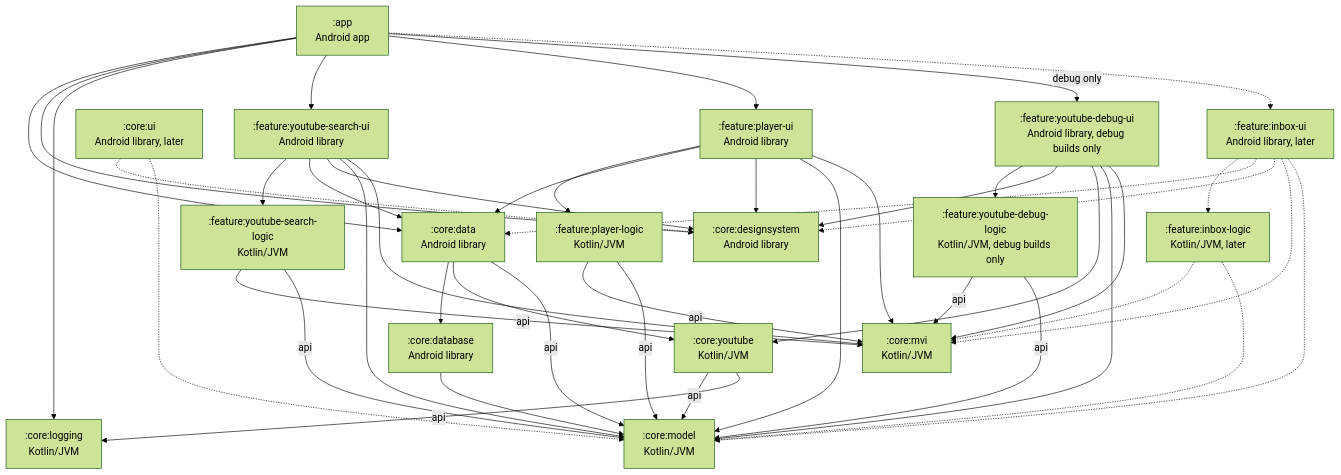
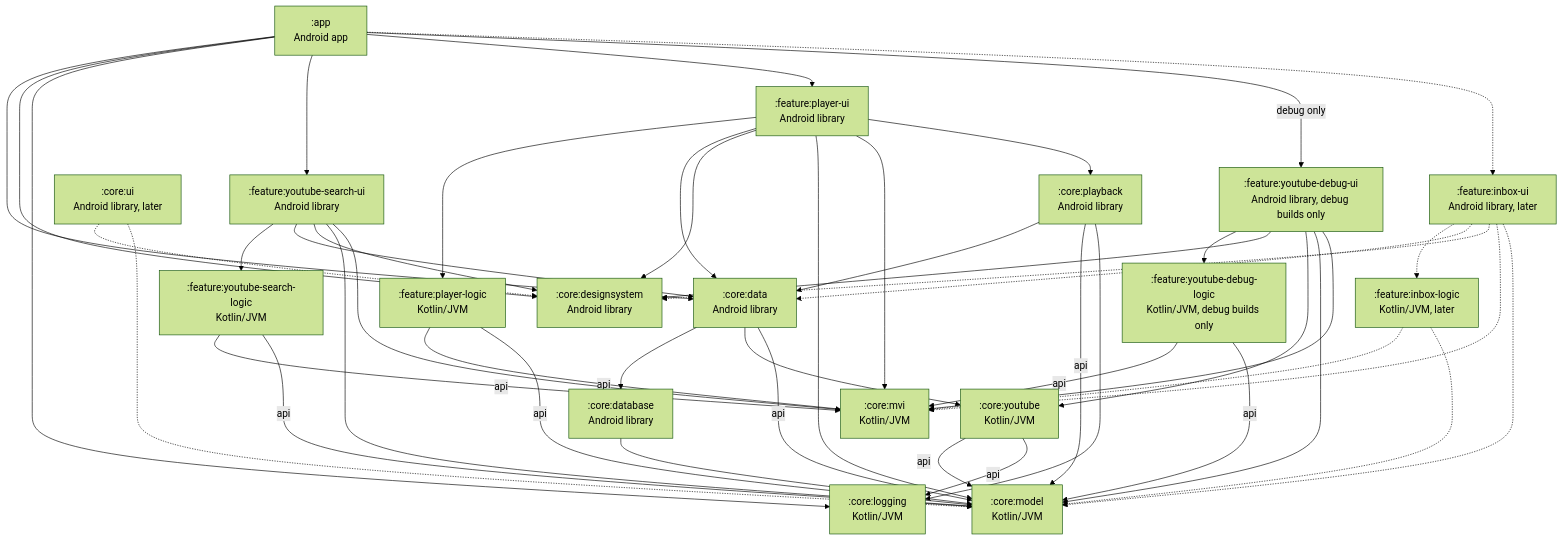
Before and after one commit to dewfallapp/dewfall: the first of 4 diagrams in docs/architecture.md, drawn with Mermaid (forest theme). The commit also changed other lines of this file and 11 other files, not shown here.

````diff
--- a/docs/architecture.md
+++ b/docs/architecture.md
@@ -16,65 +16,70 @@
 ```mermaid
 graph TD
     app[":app<br/>Android app"]
     data[":core:data<br/>Android library"]
     database[":core:database<br/>Android library"]
     designsystem[":core:designsystem<br/>Android library"]
     youtube[":core:youtube<br/>Kotlin/JVM"]
     logging[":core:logging<br/>Kotlin/JVM"]
     model[":core:model<br/>Kotlin/JVM"]
     mvi[":core:mvi<br/>Kotlin/JVM"]
+    playback[":core:playback<br/>Android library"]
     searchUi[":feature:youtube-search-ui<br/>Android library"]
     searchLogic[":feature:youtube-search-logic<br/>Kotlin/JVM"]
     playerUi[":feature:player-ui<br/>Android library"]
     playerLogic[":feature:player-logic<br/>Kotlin/JVM"]
     debugUi[":feature:youtube-debug-ui<br/>Android library, debug builds only"]
     debugLogic[":feature:youtube-debug-logic<br/>Kotlin/JVM, debug builds only"]
     coreUi[":core:ui<br/>Android library, later"]
     inboxUi[":feature:inbox-ui<br/>Android library, later"]
     inboxLogic[":feature:inbox-logic<br/>Kotlin/JVM, later"]
 
     app --> data
     app --> designsystem
     app --> logging
     data --> database
     data --> youtube
     data -->|api| model
     database --> model
     youtube -->|api| model
     youtube -->|api| logging
+    playback --> data
+    playback -->|api| model
+    playback --> logging
     app --> searchUi
     searchUi --> searchLogic
     searchUi --> data
     searchUi --> designsystem
     searchUi --> model
     searchUi --> mvi
     searchLogic -->|api| mvi
     searchLogic -->|api| model
     app --> playerUi
     playerUi --> playerLogic
     playerUi --> data
     playerUi --> designsystem
     playerUi --> model
     playerUi --> mvi
+    playerUi --> playback
     playerLogic -->|api| mvi
     playerLogic -->|api| model
     app -->|debug only| debugUi
     debugUi --> debugLogic
     debugUi --> designsystem
     debugUi --> youtube
     debugUi --> model
     debugUi --> mvi
     debugLogic -->|api| mvi
     debugLogic -->|api| model
 
     app -.-> inboxUi
     inboxUi -.-> inboxLogic
     inboxUi -.-> data
     inboxUi -.-> designsystem
     inboxUi -.-> mvi
     inboxUi -.-> model
     inboxLogic -.-> mvi
     inboxLogic -.-> model
     coreUi -.-> designsystem
     coreUi -.-> model
 ```
````
